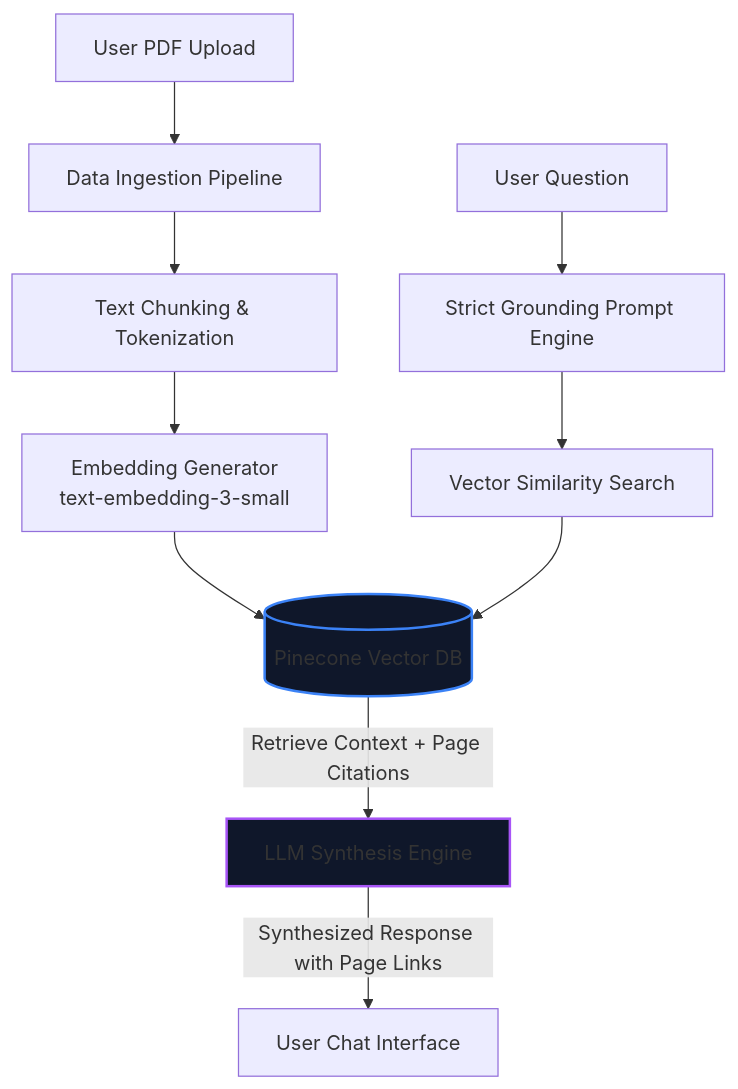
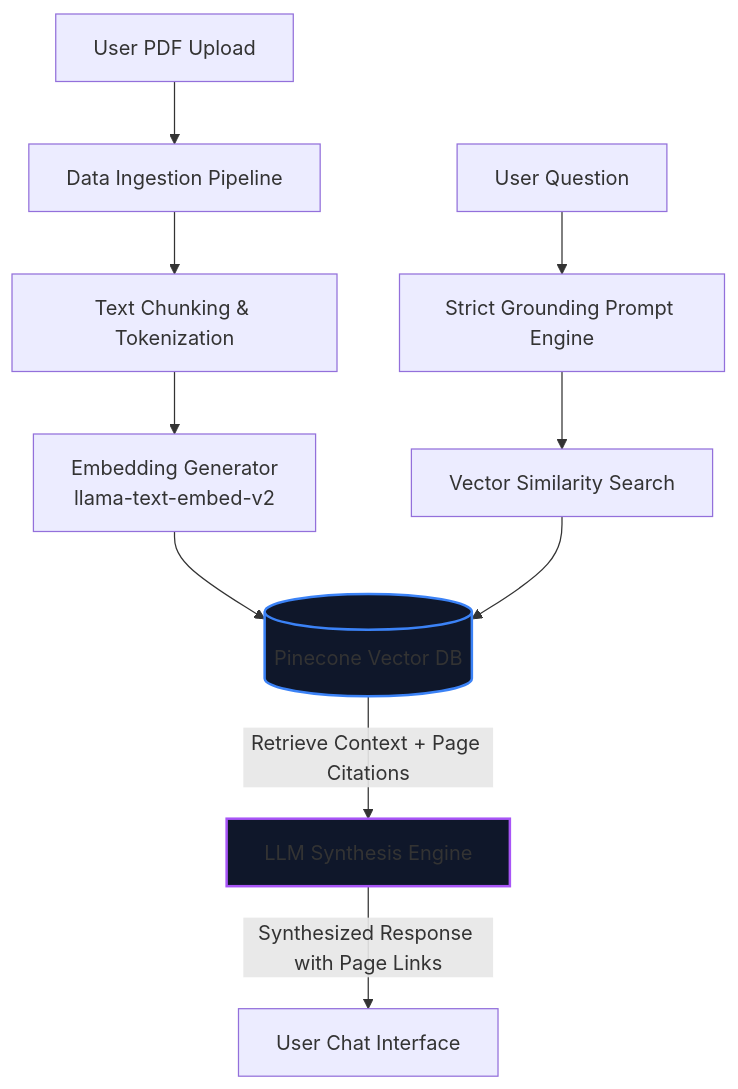
One commit to Prasanth1830/document-data_retrieval changed the diagram in README.md. Above: the diagram before and after it, drawn with Mermaid.

Commit message:
Update README.md architecture diagram to match actual embedding model

````diff
--- a/README.md
+++ b/README.md
@@ -13,16 +13,16 @@
 ```mermaid
 graph TD
     A[User PDF Upload] --> B[Data Ingestion Pipeline]
     B --> C[Text Chunking & Tokenization]
-    C --> D[Embedding Generator <br/>text-embedding-3-small]
+    C --> D[Embedding Generator <br/>llama-text-embed-v2]
     D --> E[(Pinecone Vector DB)]
     
     F[User Question] --> G[Strict Grounding Prompt Engine]
     G --> H[Vector Similarity Search]
     H --> E
     E -->|Retrieve Context + Page Citations| I[LLM Synthesis Engine]
     I -->|Synthesized Response with Page Links| J[User Chat Interface]
     
     style E fill:#0f172a,stroke:#3b82f6,stroke-width:2px;
     style I fill:#0f172a,stroke:#a855f7,stroke-width:2px;
 ```
````
